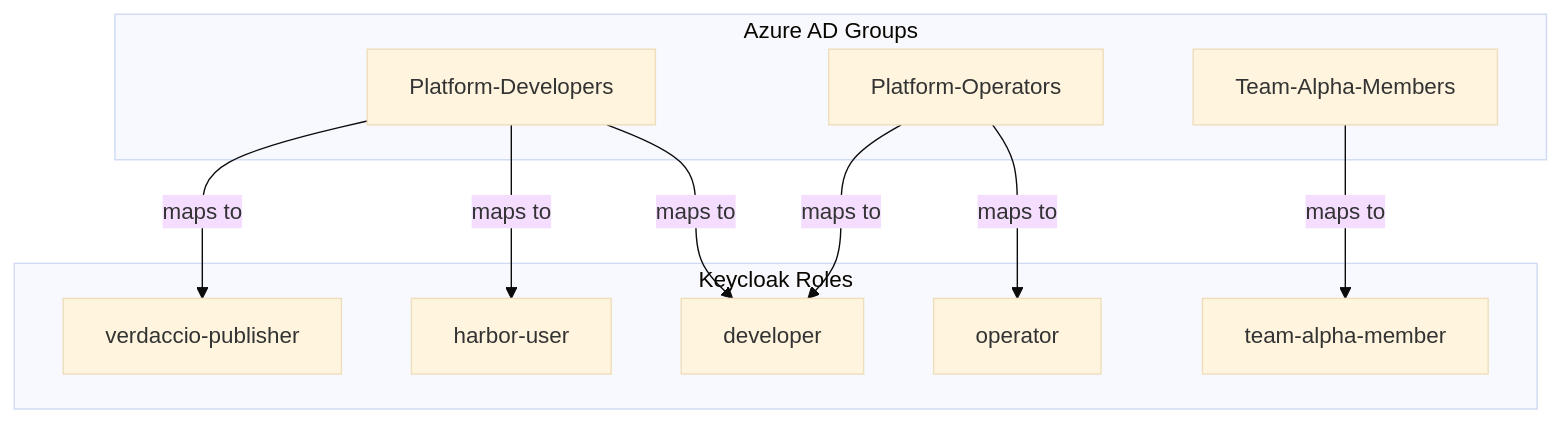
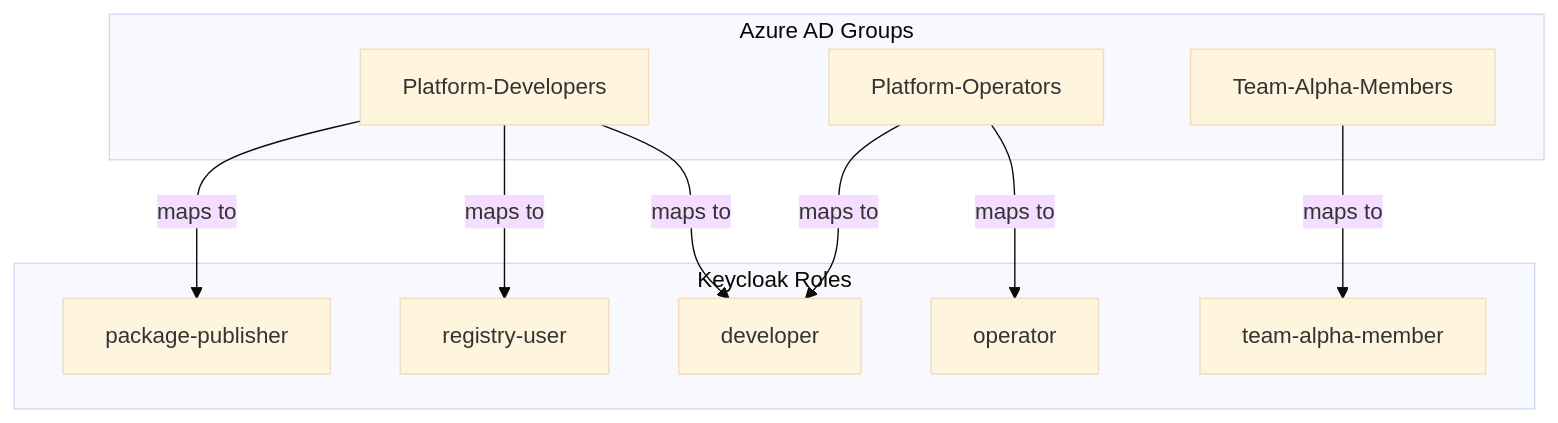
The third of 4 diagrams in docs/platform/rfcs/iam/05-authorization-model.md (ProficientnowTech/pn-platform), drawn with Mermaid (base theme) before and after one commit. The commit also changed other lines of this file and 16 other files, not shown here.

````diff
--- a/docs/platform/rfcs/iam/05-authorization-model.md
+++ b/docs/platform/rfcs/iam/05-authorization-model.md
@@ -175,23 +175,23 @@
 ```mermaid
 flowchart TB
     subgraph Azure["Azure AD Groups"]
         G1[Platform-Developers]
         G2[Platform-Operators]
         G3[Team-Alpha-Members]
     end
 
     subgraph Keycloak["Keycloak Roles"]
         R1[developer]
         R2[operator]
         R3[team-alpha-member]
-        R4[harbor-user]
-        R5[verdaccio-publisher]
+        R4[registry-user]
+        R5[package-publisher]
     end
 
     G1 -->|maps to| R1
     G1 -->|maps to| R4
     G1 -->|maps to| R5
     G2 -->|maps to| R2
     G2 -->|maps to| R1
     G3 -->|maps to| R3
 ```
````
